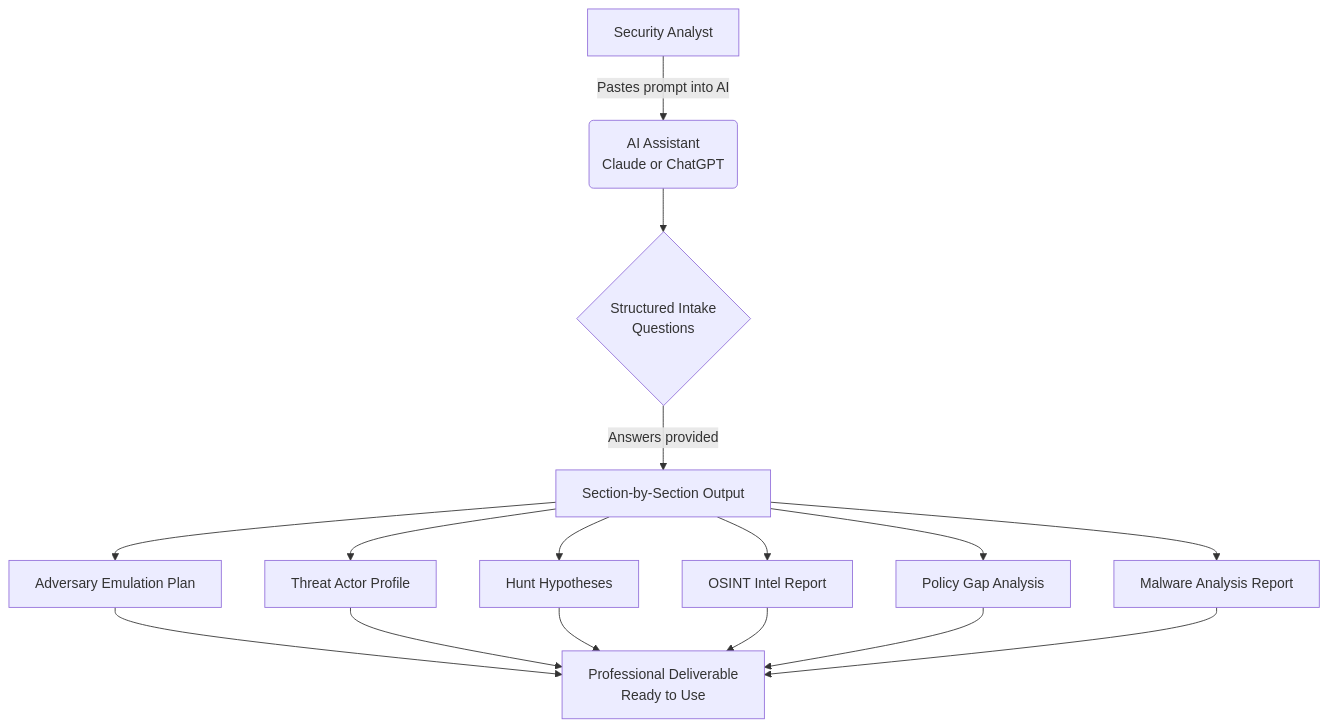
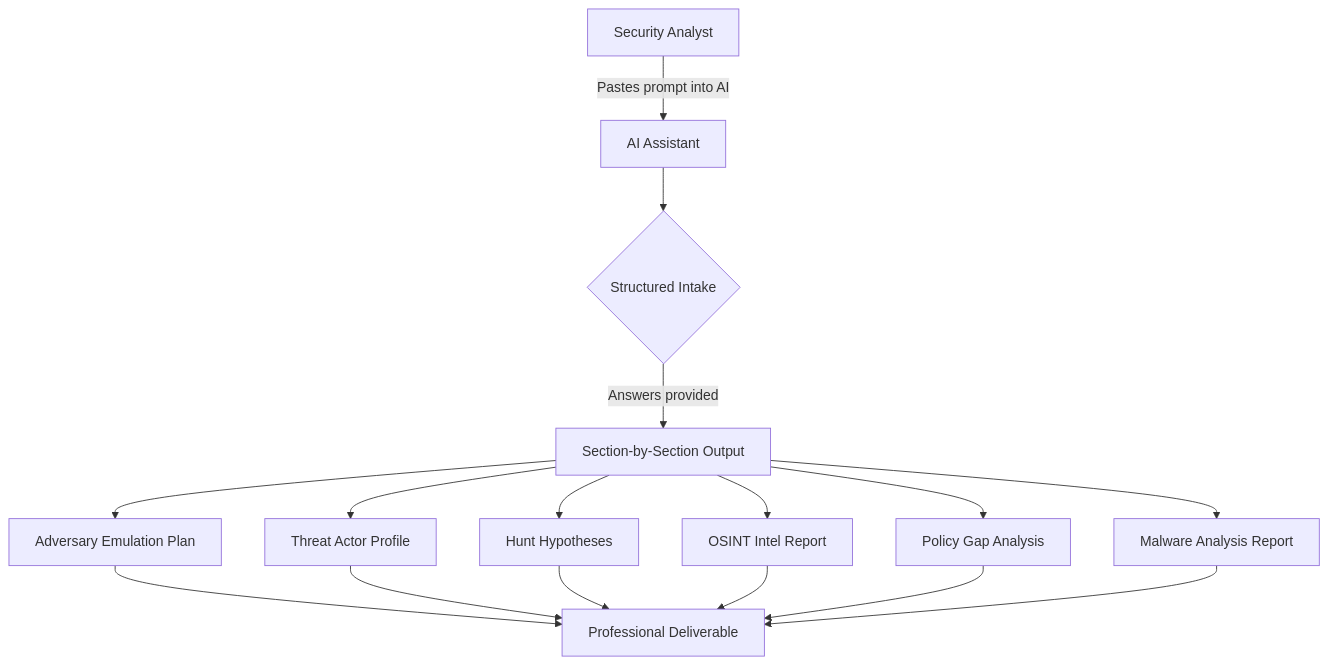
The diagram in README.md (spiritweet-droid/cybersecurity-ai-prompts), drawn with Mermaid before and after one commit.

Commit message:
Fix Mermaid diagram — remove unsupported newline characters

````diff
--- a/README.md
+++ b/README.md
@@ -31,13 +31,13 @@
 ```mermaid
 flowchart TD
-    A[Security Analyst] -->|Pastes prompt into AI| B(AI Assistant\nClaude or ChatGPT)
-    B --> C{Structured Intake\nQuestions}
+    A[Security Analyst] -->|Pastes prompt into AI| B[AI Assistant]
+    B --> C{Structured Intake}
     C -->|Answers provided| D[Section-by-Section Output]
     D --> E1[Adversary Emulation Plan]
     D --> E2[Threat Actor Profile]
     D --> E3[Hunt Hypotheses]
     D --> E4[OSINT Intel Report]
     D --> E5[Policy Gap Analysis]
     D --> E6[Malware Analysis Report]
-    E1 & E2 & E3 & E4 & E5 & E6 --> F[Professional Deliverable\nReady to Use]
+    E1 & E2 & E3 & E4 & E5 & E6 --> F[Professional Deliverable]
 ```
````
